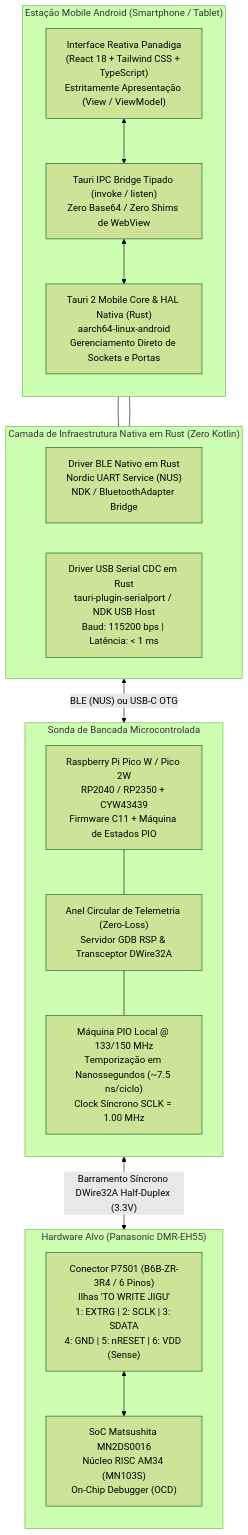
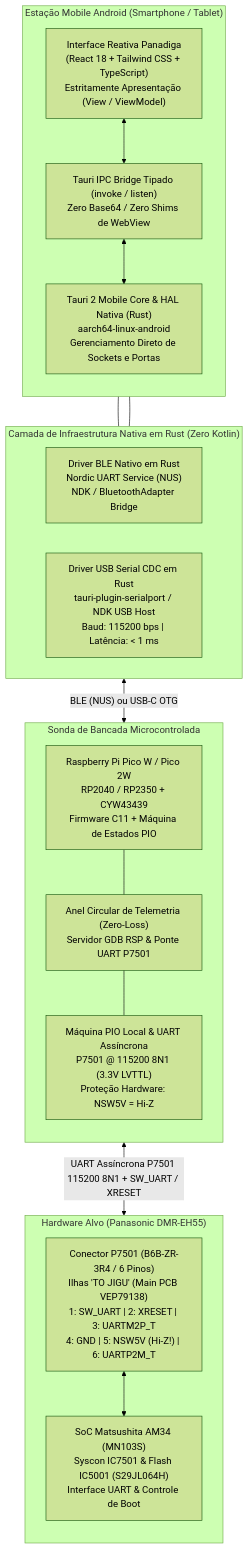
The first of 2 diagrams in docs/pt-BR/ARQUITETURA_MOBILE_ANDROID_E_BLUETOOTH.md (danielchrono/Panadiga), drawn with Mermaid (forest theme) before and after one commit. The commit also changed other lines of this file and 775 other files, not shown here.

````diff
--- a/docs/pt-BR/ARQUITETURA_MOBILE_ANDROID_E_BLUETOOTH.md
+++ b/docs/pt-BR/ARQUITETURA_MOBILE_ANDROID_E_BLUETOOTH.md
@@ -15,38 +15,38 @@
 ```mermaid
 flowchart TD
     subgraph Mobile["Estação Mobile Android (Smartphone / Tablet)"]
         direction TB
         UI["Interface Reativa Panadiga<br/>(React 18 + Tailwind CSS + TypeScript)<br/>Estritamente Apresentação (View / ViewModel)"]
         IPC["Tauri IPC Bridge Tipado (invoke / listen)<br/>Zero Base64 / Zero Shims de WebView"]
         TAURI_RUST["Tauri 2 Mobile Core & HAL Nativa (Rust)<br/>aarch64-linux-android<br/>Gerenciamento Direto de Sockets e Portas"]
         UI <--> IPC
         IPC <--> TAURI_RUST
     end
 
     subgraph NativeHAL["Camada de Infraestrutura Nativa em Rust (Zero Kotlin)"]
         direction LR
         BLE_CORE["Driver BLE Nativo em Rust<br/>Nordic UART Service (NUS)<br/>NDK / BluetoothAdapter Bridge"]
         USB_CORE["Driver USB Serial CDC em Rust<br/>tauri-plugin-serialport / NDK USB Host<br/>Baud: 115200 bps | Latência: < 1 ms"]
         TAURI_RUST --- BLE_CORE
         TAURI_RUST --- USB_CORE
     end
 
     subgraph Probe["Sonda de Bancada Microcontrolada"]
         direction TB
         PICO["Raspberry Pi Pico W / Pico 2W<br/>RP2040 / RP2350 + CYW43439<br/>Firmware C11 + Máquina de Estados PIO"]
-        BUFFER["Anel Circular de Telemetria (Zero-Loss)<br/>Servidor GDB RSP & Transceptor DWire32A"]
-        PIO_ENG["Máquina PIO Local @ 133/150 MHz<br/>Temporização em Nanossegundos (~7.5 ns/ciclo)<br/>Clock Síncrono SCLK = 1.00 MHz"]
+        BUFFER["Anel Circular de Telemetria (Zero-Loss)<br/>Servidor GDB RSP & Ponte UART P7501"]
+        PIO_ENG["Máquina PIO Local & UART Assíncrona<br/>P7501 @ 115200 8N1 (3.3V LVTTL)<br/>Proteção Hardware: NSW5V = Hi-Z"]
         PICO --- BUFFER
         BUFFER --- PIO_ENG
     end
 
     subgraph Target["Hardware Alvo (Panasonic DMR-EH55)"]
         direction TB
-        P7501["Conector P7501 (B6B-ZR-3R4 / 6 Pinos)<br/>Ilhas 'TO WRITE JIGU'<br/>1: EXTRG | 2: SCLK | 3: SDATA<br/>4: GND | 5: nRESET | 6: VDD (Sense)"]
-        MN2DS["SoC Matsushita MN2DS0016<br/>Núcleo RISC AM34 (MN103S)<br/>On-Chip Debugger (OCD)"]
-        P7501 <--> MN2DS
+        P7501["Conector P7501 (B6B-ZR-3R4 / 6 Pinos)<br/>Ilhas 'TO JIGU' (Main PCB VEP79138)<br/>1: SW_UART | 2: XRESET | 3: UARTM2P_T<br/>4: GND | 5: NSW5V (Hi-Z!) | 6: UARTP2M_T"]
+        AM34["SoC Matsushita AM34 (MN103S)<br/>Syscon IC7501 & Flash IC5001 (S29JL064H)<br/>Interface UART & Controle de Boot"]
+        P7501 <--> AM34
     end
 
     NativeHAL <-->|"BLE (NUS) ou USB-C OTG"| Probe
-    Probe <-->|"Barramento Síncrono DWire32A Half-Duplex (3.3V)"| Target
+    Probe <-->|"UART Assíncrona P7501 115200 8N1 + SW_UART / XRESET"| Target
 ```
````
